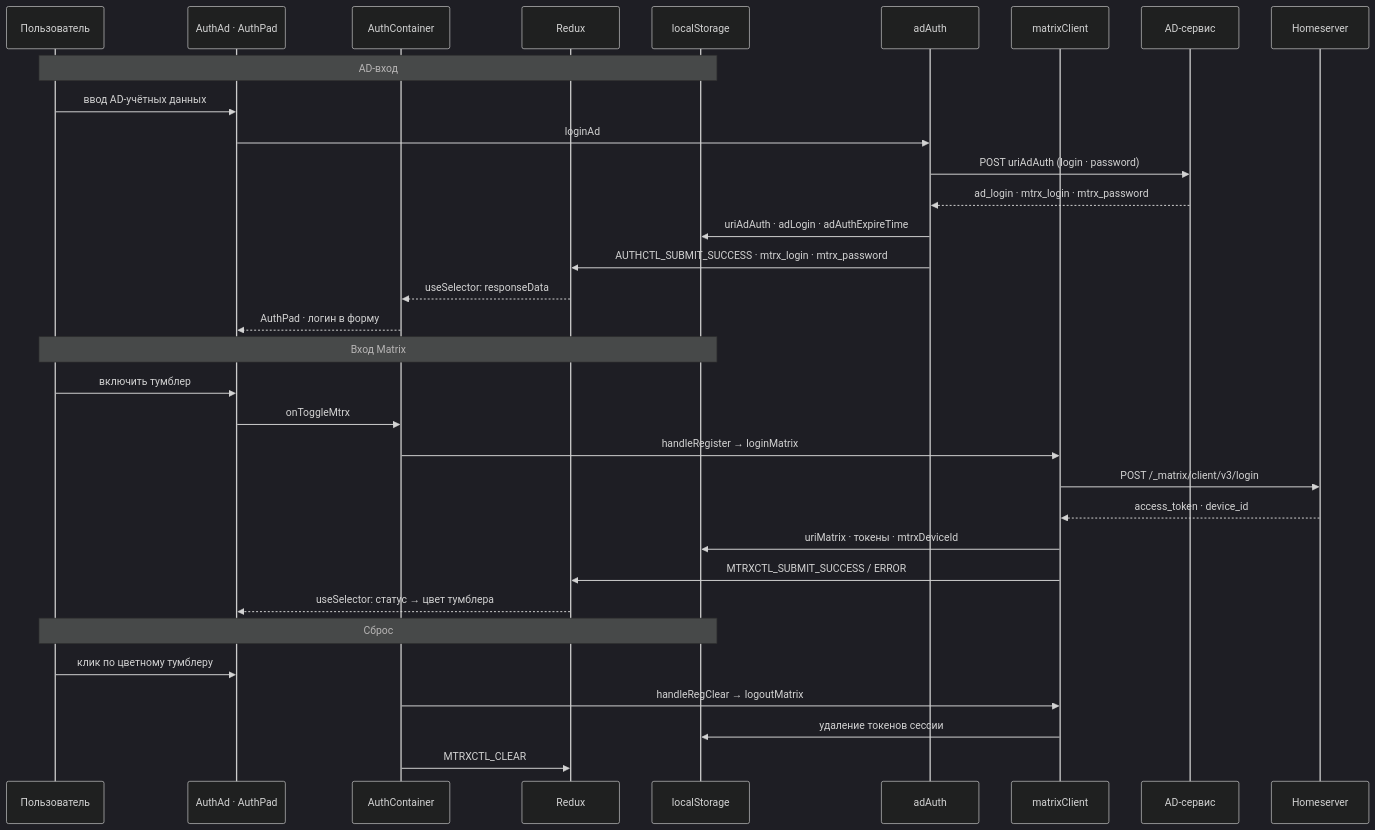
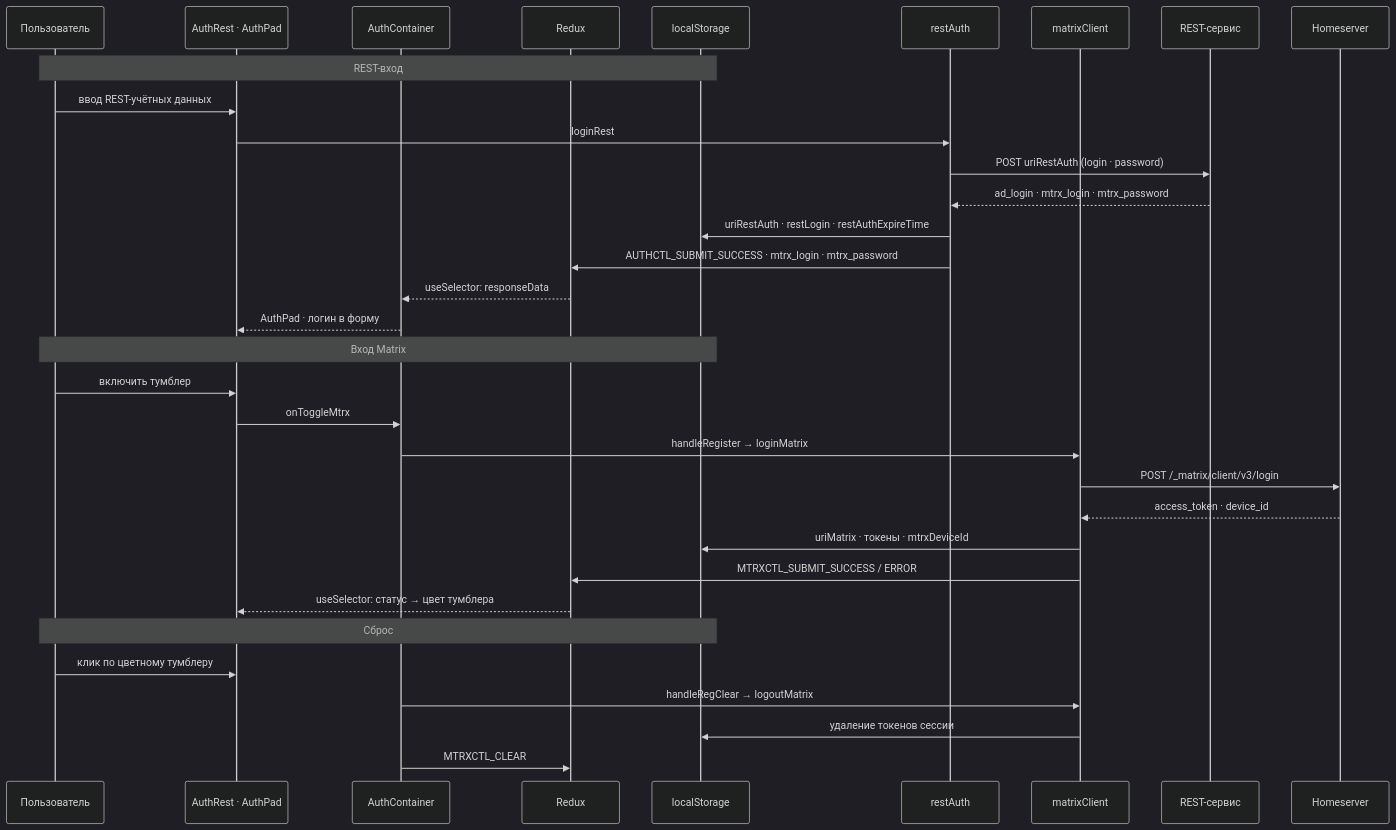
Before and after one commit to ars-anosov/matrix-react: the fourth of 5 diagrams in docs/STATE.md, drawn with Mermaid (dark theme). The commit also changed other lines of this file and 30 other files, not shown here.

````diff
--- a/docs/STATE.md
+++ b/docs/STATE.md
@@ -205,35 +205,35 @@
 ```mermaid
 sequenceDiagram
   participant P as Пользователь
-  participant A as AuthAd · AuthPad
+  participant A as AuthRest · AuthPad
   participant B as AuthContainer
   participant RX as Redux
   participant LS as localStorage
-  participant AD as adAuth
+  participant REST as restAuth
   participant M as matrixClient
-  participant ADS as AD-сервис
+  participant API as REST-сервис
   participant HS as Homeserver
-  Note over P,LS: AD-вход
-  P->>A: ввод AD-учётных данных
-  A->>AD: loginAd
-  AD->>ADS: POST uriAdAuth (login · password)
-  ADS-->>AD: ad_login · mtrx_login · mtrx_password
-  AD->>LS: uriAdAuth · adLogin · adAuthExpireTime
-  AD->>RX: AUTHCTL_SUBMIT_SUCCESS · mtrx_login · mtrx_password
+  Note over P,LS: REST-вход
+  P->>A: ввод REST-учётных данных
+  A->>REST: loginRest
+  REST->>API: POST uriRestAuth (login · password)
+  API-->>REST: ad_login · mtrx_login · mtrx_password
+  REST->>LS: uriRestAuth · restLogin · restAuthExpireTime
+  REST->>RX: AUTHCTL_SUBMIT_SUCCESS · mtrx_login · mtrx_password
   RX-->>B: useSelector: responseData
   B-->>A: AuthPad · логин в форму
   Note over P,LS: Вход Matrix
   P->>A: включить тумблер
   A->>B: onToggleMtrx
   B->>M: handleRegister → loginMatrix
   M->>HS: POST /_matrix/client/v3/login
   HS-->>M: access_token · device_id
   M->>LS: uriMatrix · токены · mtrxDeviceId
   M->>RX: MTRXCTL_SUBMIT_SUCCESS / ERROR
   RX-->>A: useSelector: статус → цвет тумблера
   Note over P,LS: Сброс
   P->>A: клик по цветному тумблеру
   B->>M: handleRegClear → logoutMatrix
   M->>LS: удаление токенов сессии
   B->>RX: MTRXCTL_CLEAR
 ```
````
